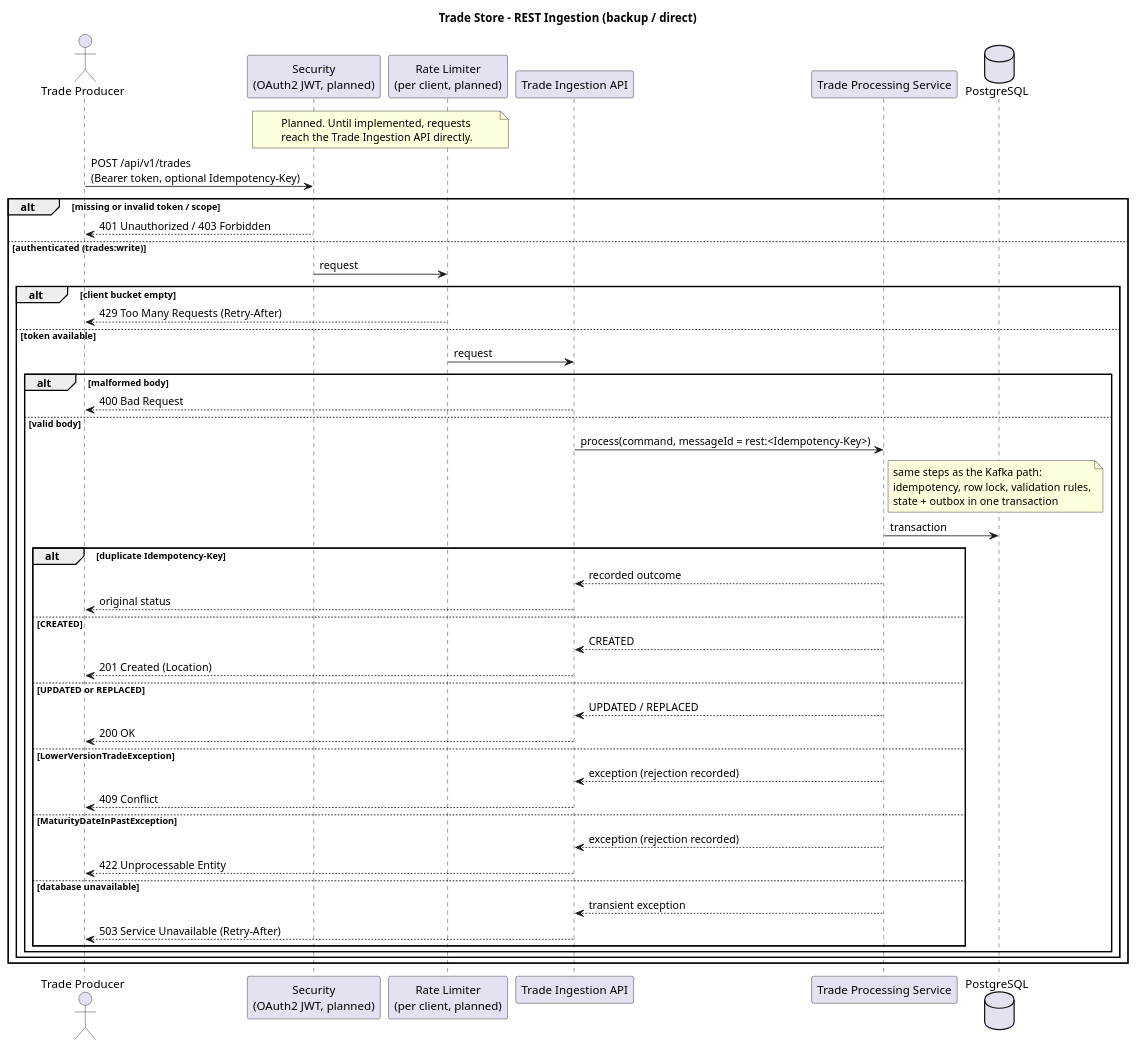
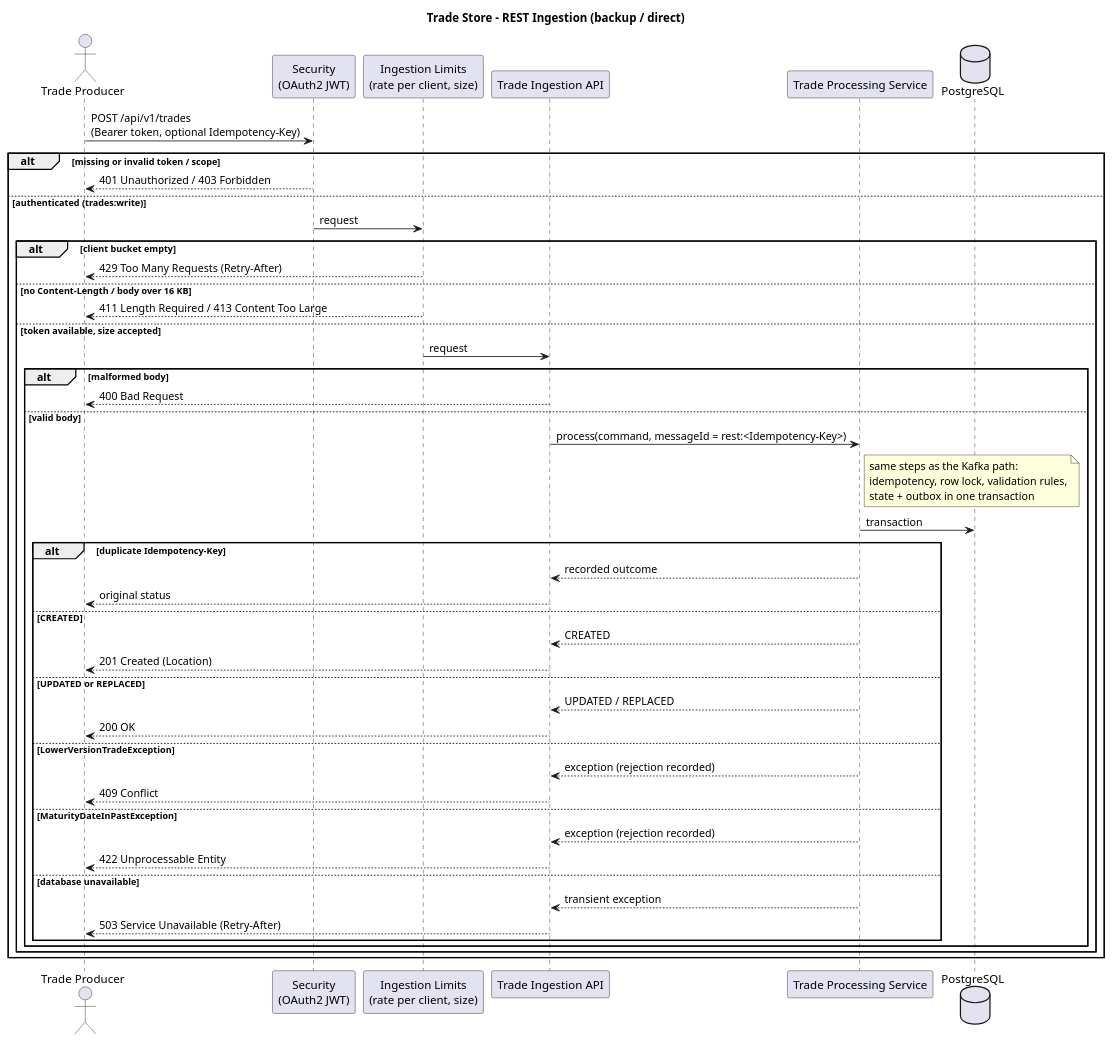
Before and after one commit to jabhijeet/trade-store: the diagram in docs/diagrams/sequence-rest-ingestion.puml, drawn with PlantUML. The commit also changed 50 other files, not shown here.

First line of the commit message:
feat: secure REST API, rate limiting, Mongo projection, purge job and metrics

```diff
--- a/docs/diagrams/sequence-rest-ingestion.puml
+++ b/docs/diagrams/sequence-rest-ingestion.puml
@@ -1,53 +1,50 @@
 @startuml sequence-rest-ingestion
 title Trade Store - REST Ingestion (backup / direct)
 
 actor "Trade Producer" as producer
-participant "Security\n(OAuth2 JWT, planned)" as security
-participant "Rate Limiter\n(per client, planned)" as rateLimiter
+participant "Security\n(OAuth2 JWT)" as security
+participant "Ingestion Limits\n(rate per client, size)" as rateLimiter
 participant "Trade Ingestion API" as api
 participant "Trade Processing Service" as processing
 database "PostgreSQL" as postgres
-
-note over security, rateLimiter
-  Planned. Until implemented, requests
-  reach the Trade Ingestion API directly.
-end note
 
 producer -> security : POST /api/v1/trades\n(Bearer token, optional Idempotency-Key)
 alt missing or invalid token / scope
   security --> producer : 401 Unauthorized / 403 Forbidden
 else authenticated (trades:write)
   security -> rateLimiter : request
   alt client bucket empty
     rateLimiter --> producer : 429 Too Many Requests (Retry-After)
-  else token available
+  else no Content-Length / body over 16 KB
+    rateLimiter --> producer : 411 Length Required / 413 Content Too Large
+  else token available, size accepted
     rateLimiter -> api : request
     alt malformed body
       api --> producer : 400 Bad Request
     else valid body
       api -> processing : process(command, messageId = rest:<Idempotency-Key>)
       note right of processing : same steps as the Kafka path:\nidempotency, row lock, validation rules,\nstate + outbox in one transaction
       processing -> postgres : transaction
       alt duplicate Idempotency-Key
         processing --> api : recorded outcome
         api --> producer : original status
       else CREATED
         processing --> api : CREATED
         api --> producer : 201 Created (Location)
       else UPDATED or REPLACED
         processing --> api : UPDATED / REPLACED
         api --> producer : 200 OK
       else LowerVersionTradeException
         processing --> api : exception (rejection recorded)
         api --> producer : 409 Conflict
       else MaturityDateInPastException
         processing --> api : exception (rejection recorded)
         api --> producer : 422 Unprocessable Entity
       else database unavailable
         processing --> api : transient exception
         api --> producer : 503 Service Unavailable (Retry-After)
       end
     end
   end
 end
 @enduml
```
